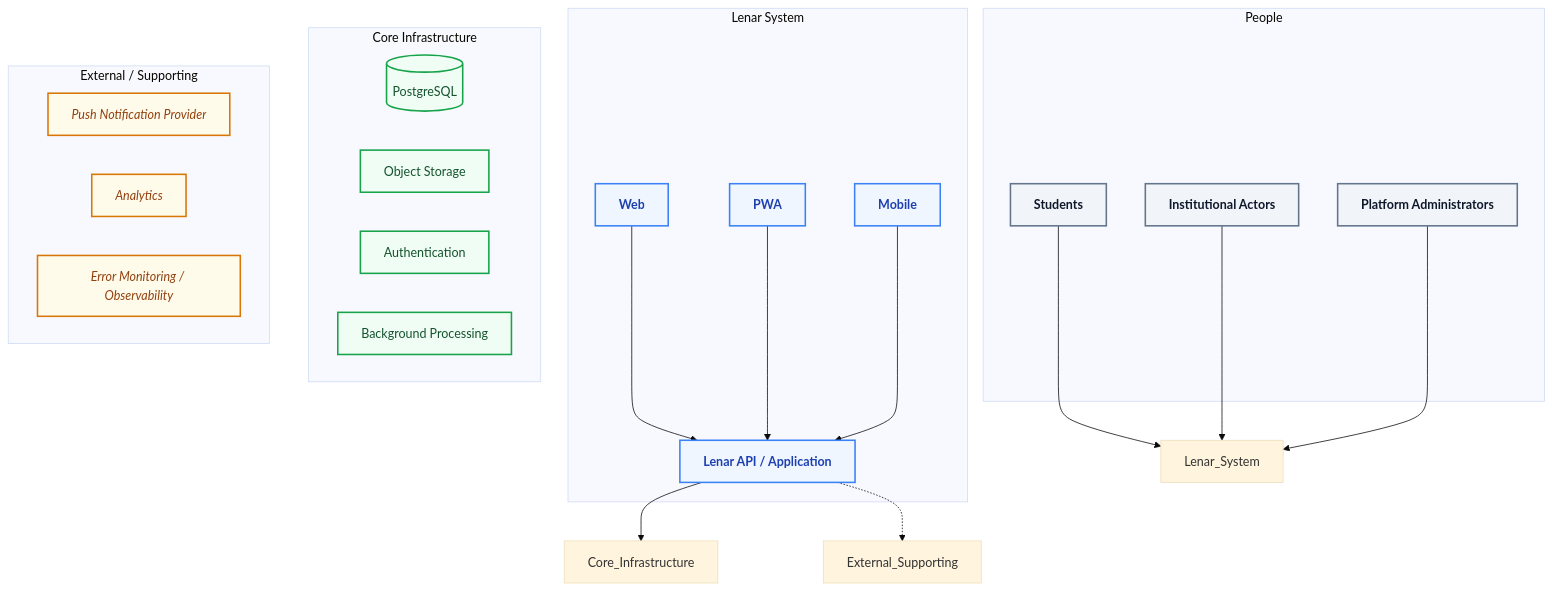
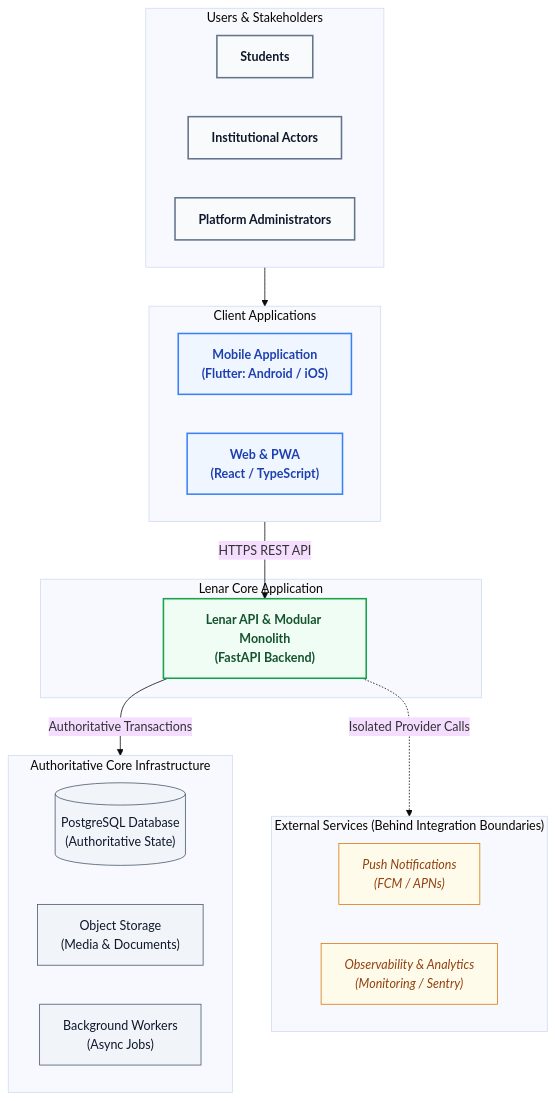
Before and after one commit to davidalbertstark-lab/Lenar: the second of 5 diagrams in docs/architecture/09-System-Architecture.md, drawn with Mermaid (base theme). The commit also changed other lines of this file and 28 other files, not shown here.

Commit message:
docs: system-wide diagram redesign for first-instance comprehension

````diff
--- a/docs/architecture/09-System-Architecture.md
+++ b/docs/architecture/09-System-Architecture.md
@@ -99,49 +104,43 @@
 ```mermaid
 flowchart TD
-    classDef people fill:#f1f5f9,stroke:#64748b,stroke-width:2px,color:#0f172a,font-weight:bold
-    classDef lenar fill:#eff6ff,stroke:#3b82f6,stroke-width:2px,color:#1e40af,font-weight:bold
-    classDef coreInfra fill:#f0fdf4,stroke:#16a34a,stroke-width:2px,color:#14532d
-    classDef ext fill:#fffbeb,stroke:#d97706,stroke-width:2px,color:#92400e,font-style:italic
+    classDef actor fill:#f8fafc,stroke:#64748b,stroke-width:2px,color:#0f172a,font-weight:bold
+    classDef client fill:#eff6ff,stroke:#3b82f6,stroke-width:2px,color:#1e40af,font-weight:bold
+    classDef server fill:#f0fdf4,stroke:#16a34a,stroke-width:2px,color:#14532d,font-weight:bold
+    classDef infra fill:#f1f5f9,stroke:#475569,stroke-width:1px,color:#0f172a
+    classDef ext fill:#fffbeb,stroke:#d97706,stroke-width:1px,color:#92400e,font-style:italic
 
-    subgraph People
-        S[Students]
-        IA[Institutional Actors]
-        PA[Platform Administrators]
+    subgraph Users ["Users & Stakeholders"]
+        direction LR
+        Students["Students"]:::actor
+        Staff["Institutional Actors"]:::actor
+        Admins["Platform Administrators"]:::actor
     end
 
-    subgraph Lenar System
-        W[Web]
-        PWA[PWA]
-        M[Mobile]
-        API[Lenar API / Application]
-        
-        W --> API
-        PWA --> API
-        M --> API
+    subgraph Clients ["Client Applications"]
+        direction LR
+        Mobile["Mobile Application<br/>(Flutter: Android / iOS)"]:::client
+        Web["Web & PWA<br/>(React / TypeScript)"]:::client
     end
-    
-    subgraph Core Infrastructure
-        DB[(PostgreSQL)]
-        OS[Object Storage]
-        AuthN[Authentication]
-        BP[Background Processing]
+
+    subgraph Backend ["Lenar Core Application"]
+        API["Lenar API & Modular Monolith<br/>(FastAPI Backend)"]:::server
     end
-    
-    subgraph External / Supporting
-        PN[Push Notification Provider]
-        An[Analytics]
-        EM[Error Monitoring / Observability]
+
+    subgraph CoreInfra ["Authoritative Core Infrastructure"]
+        direction LR
+        DB[("PostgreSQL Database<br/>(Authoritative State)")]:::infra
+        Storage["Object Storage<br/>(Media & Documents)"]:::infra
+        Workers["Background Workers<br/>(Async Jobs)"]:::infra
     end
-    
-    S --> Lenar_System
-    IA --> Lenar_System
-    PA --> Lenar_System
-    
-    API --> Core_Infrastructure
-    API -.-> External_Supporting
-    
-    class S,IA,PA people;
-    class W,PWA,M,API lenar;
-    class DB,OS,AuthN,BP coreInfra;
-    class PN,An,EM ext;
+
+    subgraph External ["External Services (Behind Integration Boundaries)"]
+        direction LR
+        Push["Push Notifications<br/>(FCM / APNs)"]:::ext
+        Telemetry["Observability & Analytics<br/>(Monitoring / Sentry)"]:::ext
+    end
+
+    Users --> Clients
+    Clients -->|HTTPS REST API| API
+    API -->|Authoritative Transactions| CoreInfra
+    API -.->|Isolated Provider Calls| External
 ```
````
